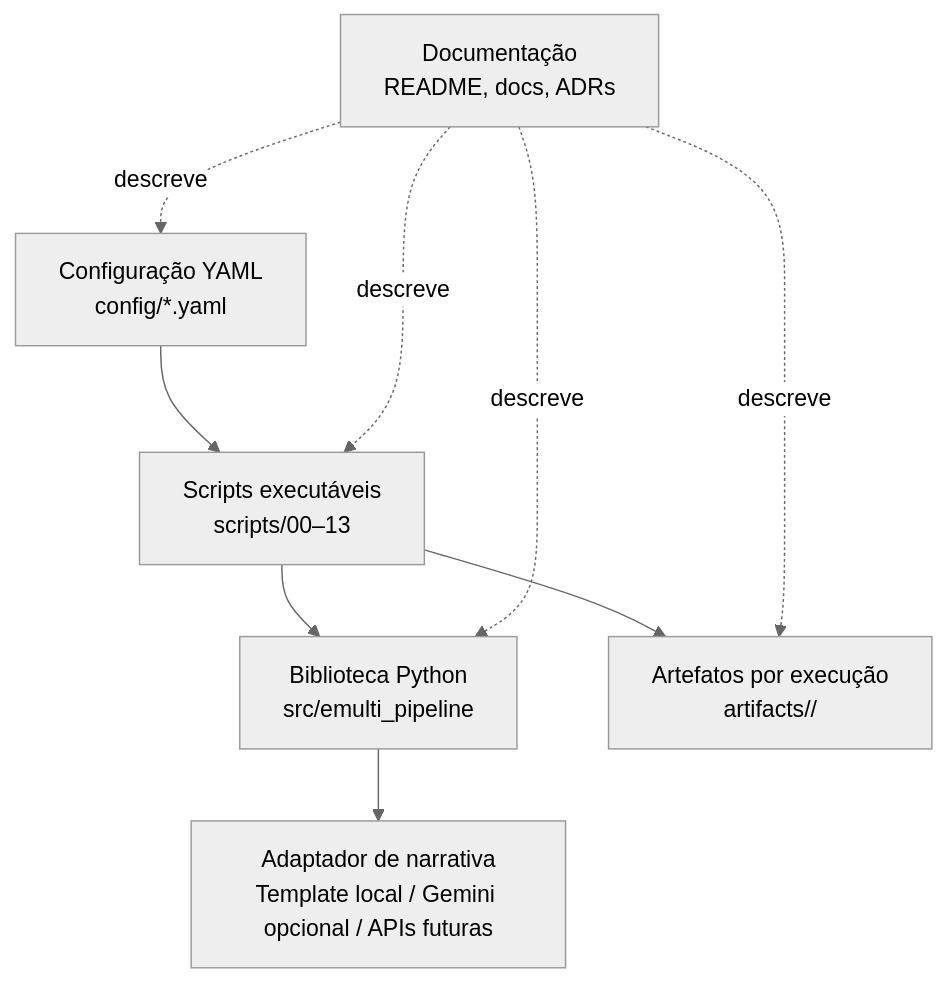
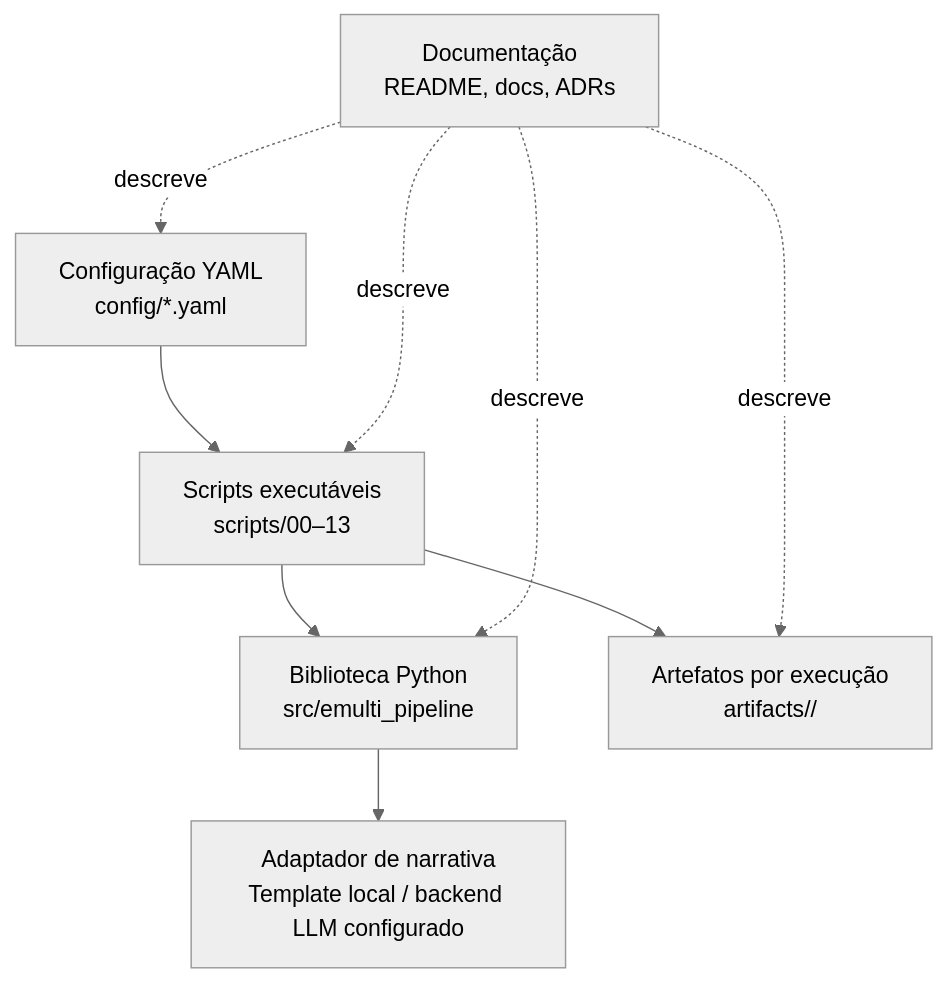
The diagram in docs/architecture/c4-conteineres.md (pauloregisms/pipeline_priorizacao_emulti_streamlit), drawn with Mermaid (neutral theme) before and after one commit. The commit also changed other lines of this file and 49 other files, not shown here.

````diff
--- a/docs/architecture/c4-conteineres.md
+++ b/docs/architecture/c4-conteineres.md
@@ -5,18 +5,18 @@
 ```mermaid
 flowchart TB
     YAML["Configuração YAML\nconfig/*.yaml"]
     SCRIPTS["Scripts executáveis\nscripts/00–13"]
     CORE["Biblioteca Python\nsrc/emulti_pipeline"]
     ART["Artefatos por execução\nartifacts/<run_id>/"]
     DOCS["Documentação\nREADME, docs, ADRs"]
-    LLM["Adaptador de narrativa\nTemplate local / Gemini opcional / APIs futuras"]
+    LLM["Adaptador de narrativa\nTemplate local / backend LLM configurado"]
 
     YAML --> SCRIPTS
     SCRIPTS --> CORE
     CORE --> LLM
     SCRIPTS --> ART
     DOCS -.descreve.-> YAML
     DOCS -.descreve.-> SCRIPTS
     DOCS -.descreve.-> CORE
     DOCS -.descreve.-> ART
 ```
````
